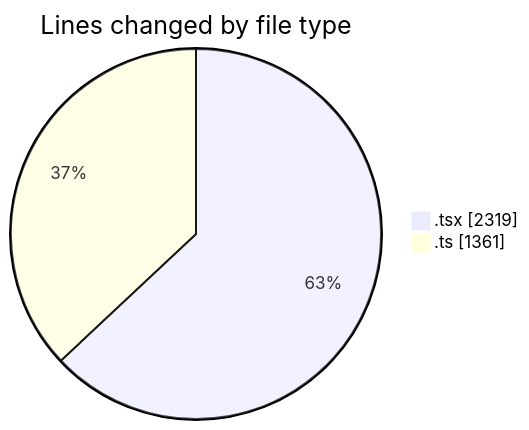
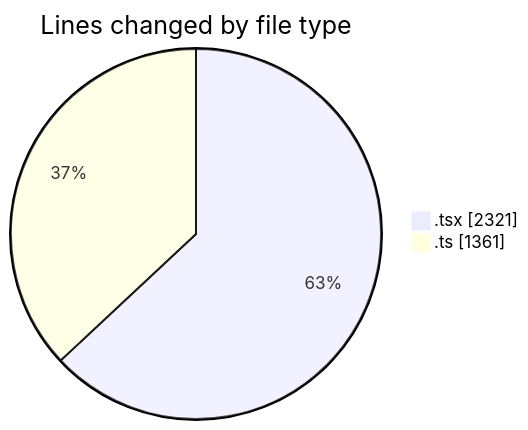
The first of 2 diagrams in 2026-03-06/nxtqube_webapp/README.md (nxtqubesakshisongat/code-tracking), drawn with Mermaid before and after one commit. The commit also changed other lines of this file and 1 other file, not shown here.

````diff
--- a/2026-03-06/nxtqube_webapp/README.md
+++ b/2026-03-06/nxtqube_webapp/README.md
@@ -29,6 +29,6 @@
 ```mermaid
 pie showData
 title Lines changed by file type
-".tsx" : 2319
+".tsx" : 2321
 ".ts" : 1361
 ```
````
